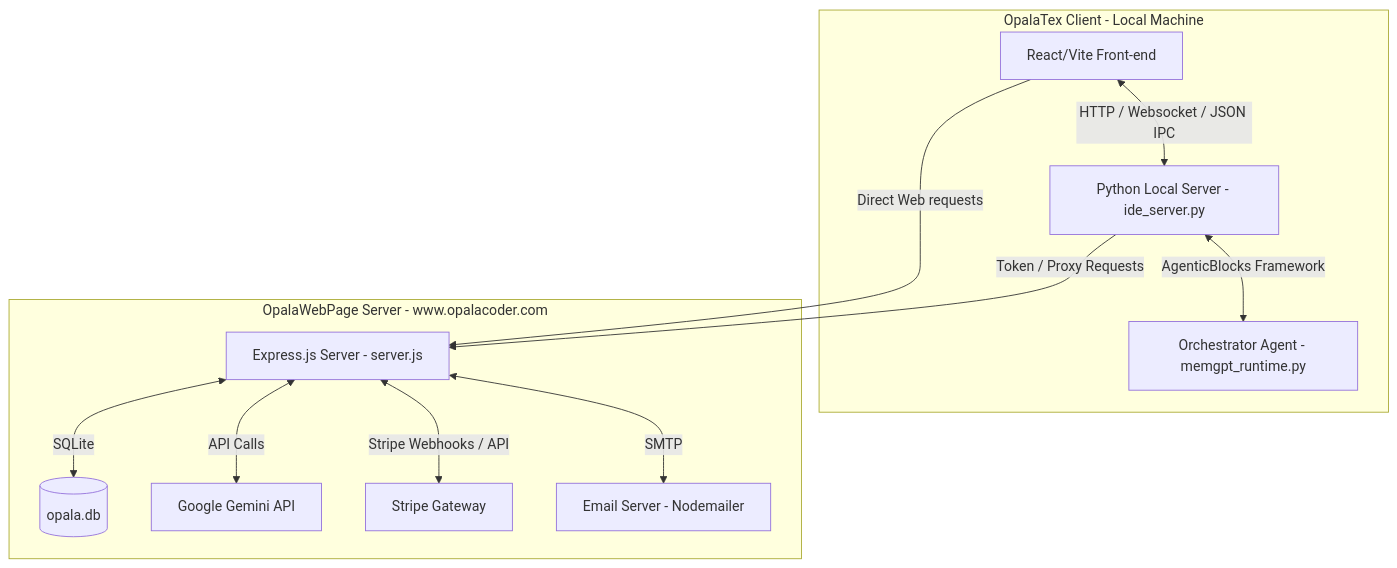
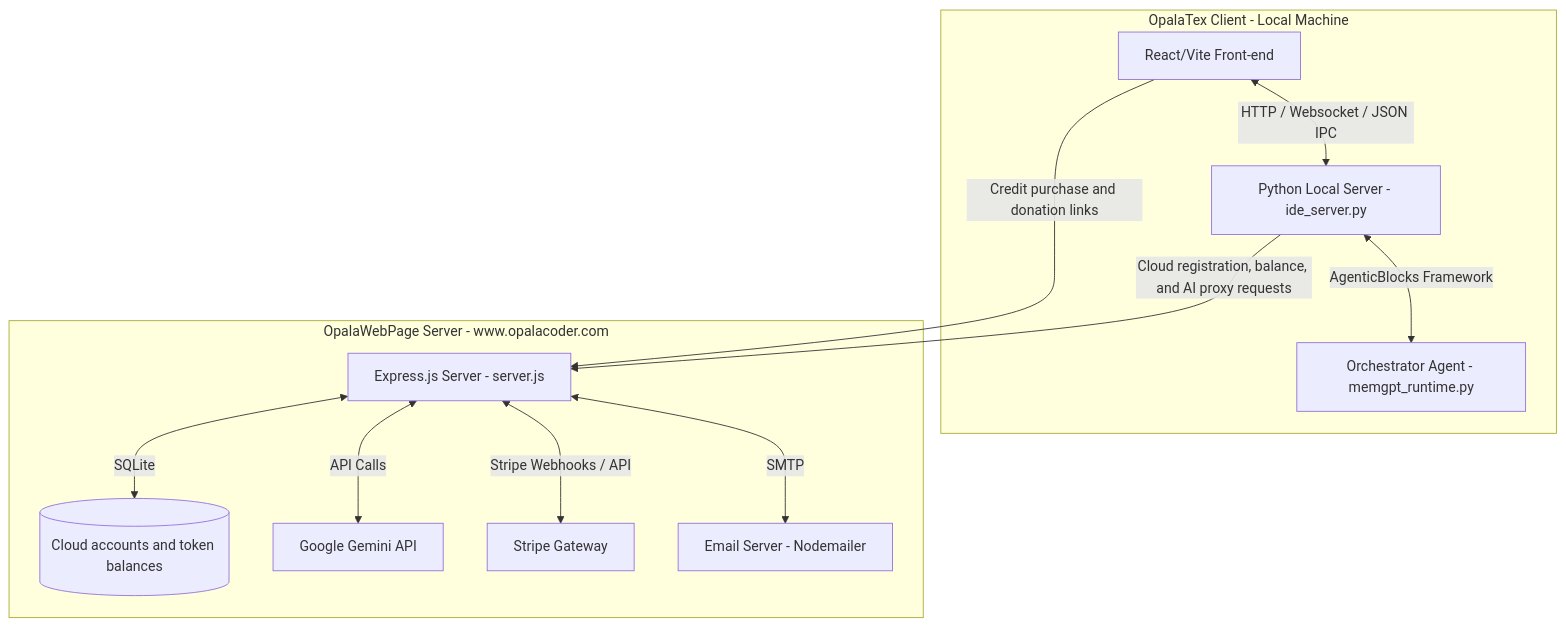
The first of 2 diagrams in ARCH.md (opalacoderdev/OpalaTex), drawn with Mermaid before and after one commit. The commit also changed other lines of this file and 89 other files, not shown here.

First line of the commit message:
Add unit tests for Cloud API balance retrieval

````diff
--- a/ARCH.md
+++ b/ARCH.md
@@ -11,17 +11,17 @@
 ```mermaid
 graph TD
     subgraph Client [OpalaTex Client - Local Machine]
         FE[React/Vite Front-end] <-->|HTTP / Websocket / JSON IPC| BE[Python Local Server - ide_server.py]
         BE <-->|AgenticBlocks Framework| Agent[Orchestrator Agent - memgpt_runtime.py]
     end
 
     subgraph Remote [OpalaWebPage Server - www.opalacoder.com]
-        Srv[Express.js Server - server.js] <-->|SQLite| DB[(opala.db)]
+        Srv[Express.js Server - server.js] <-->|SQLite| DB[(Cloud accounts and token balances)]
         Srv <-->|API Calls| Gemini[Google Gemini API]
         Srv <-->|Stripe Webhooks / API| Stripe[Stripe Gateway]
         Srv <-->|SMTP| Email[Email Server - Nodemailer]
     end
 
-    FE -->|Direct Web requests| Srv
-    BE -->|Token / Proxy Requests| Srv
+    FE -->|Credit purchase and donation links| Srv
+    BE -->|Cloud registration, balance, and AI proxy requests| Srv
 ```
````
